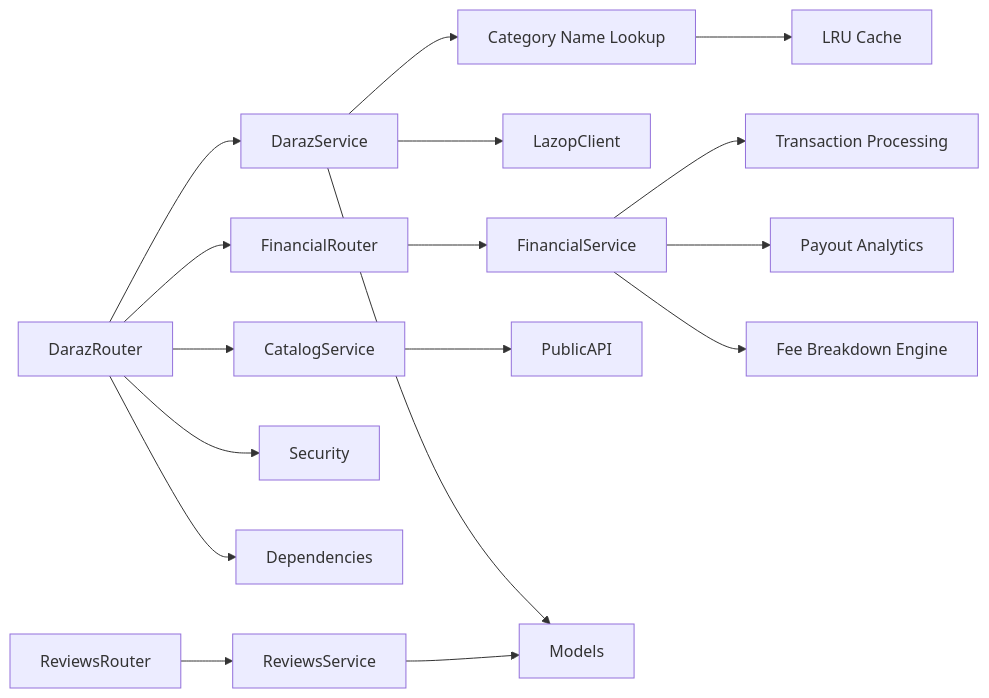
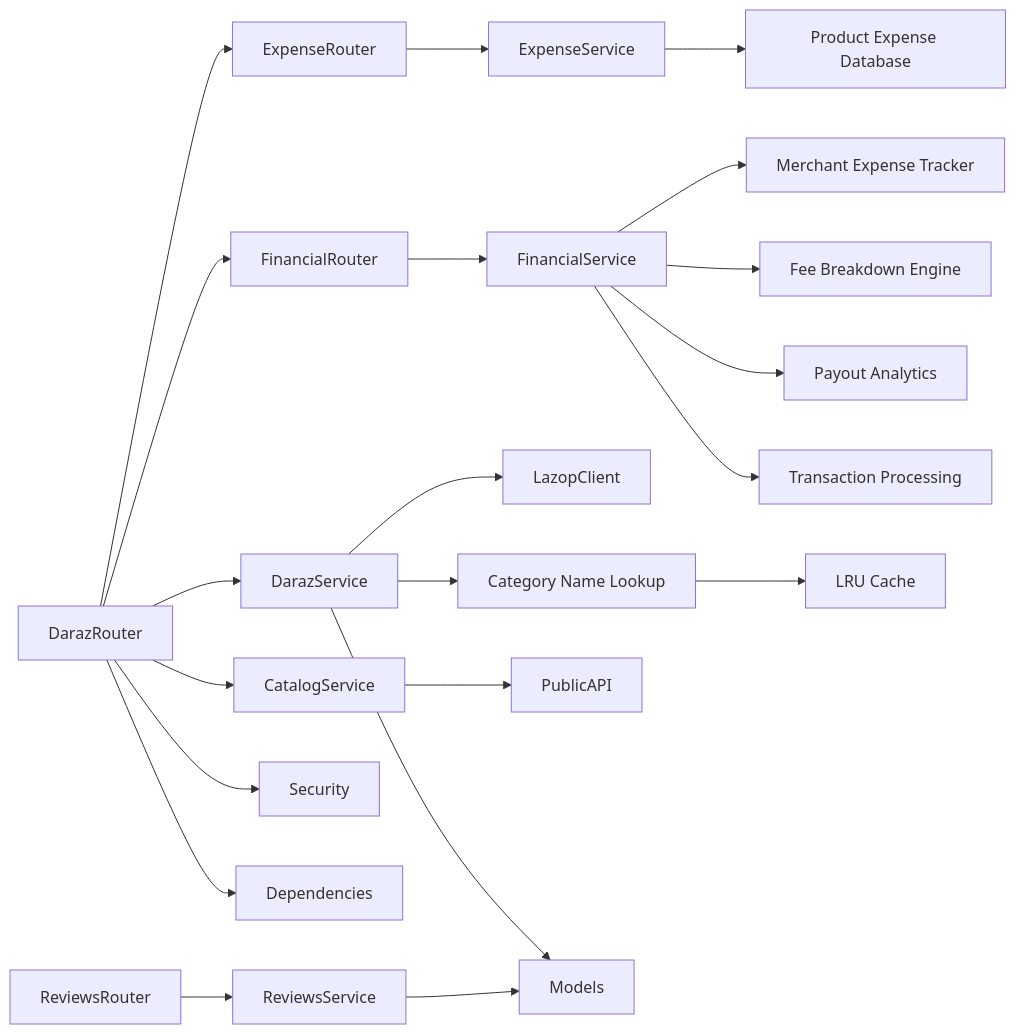
The eighth of 8 diagrams in .qoder/repowiki/en/content/API Reference/Marketplace Integration API/Daraz Integration API.md (Muhammad-Masood/tijarah-ai-backend), drawn with Mermaid before and after one commit. The commit also changed other lines of this file and 27 other files, not shown here.

````diff
--- a/.qoder/repowiki/en/content/API Reference/Marketplace Integration API/Daraz Integration API.md
+++ b/.qoder/repowiki/en/content/API Reference/Marketplace Integration API/Daraz Integration API.md
@@ -509,19 +605,23 @@
 ```mermaid
 graph LR
 DarazRouter --> DarazService
 DarazRouter --> CatalogService
 DarazRouter --> FinancialRouter
+DarazRouter --> ExpenseRouter
 DarazRouter --> Security
 DarazRouter --> Dependencies
 FinancialRouter --> FinancialService
+ExpenseRouter --> ExpenseService
 DarazService --> LazopClient
 DarazService --> CategoryLookup["Category Name Lookup"]
 FinancialService --> TransactionEngine["Transaction Processing"]
 FinancialService --> PayoutAnalyzer["Payout Analytics"]
 FinancialService --> FeeCalculator["Fee Breakdown Engine"]
+FinancialService --> ExpenseTracker["Merchant Expense Tracker"]
+ExpenseService --> Database["Product Expense Database"]
 CatalogService --> PublicAPI
 DarazService --> Models
 ReviewsRouter --> ReviewsService
 ReviewsService --> Models
 CategoryLookup --> LRU["LRU Cache"]
 ```
````
